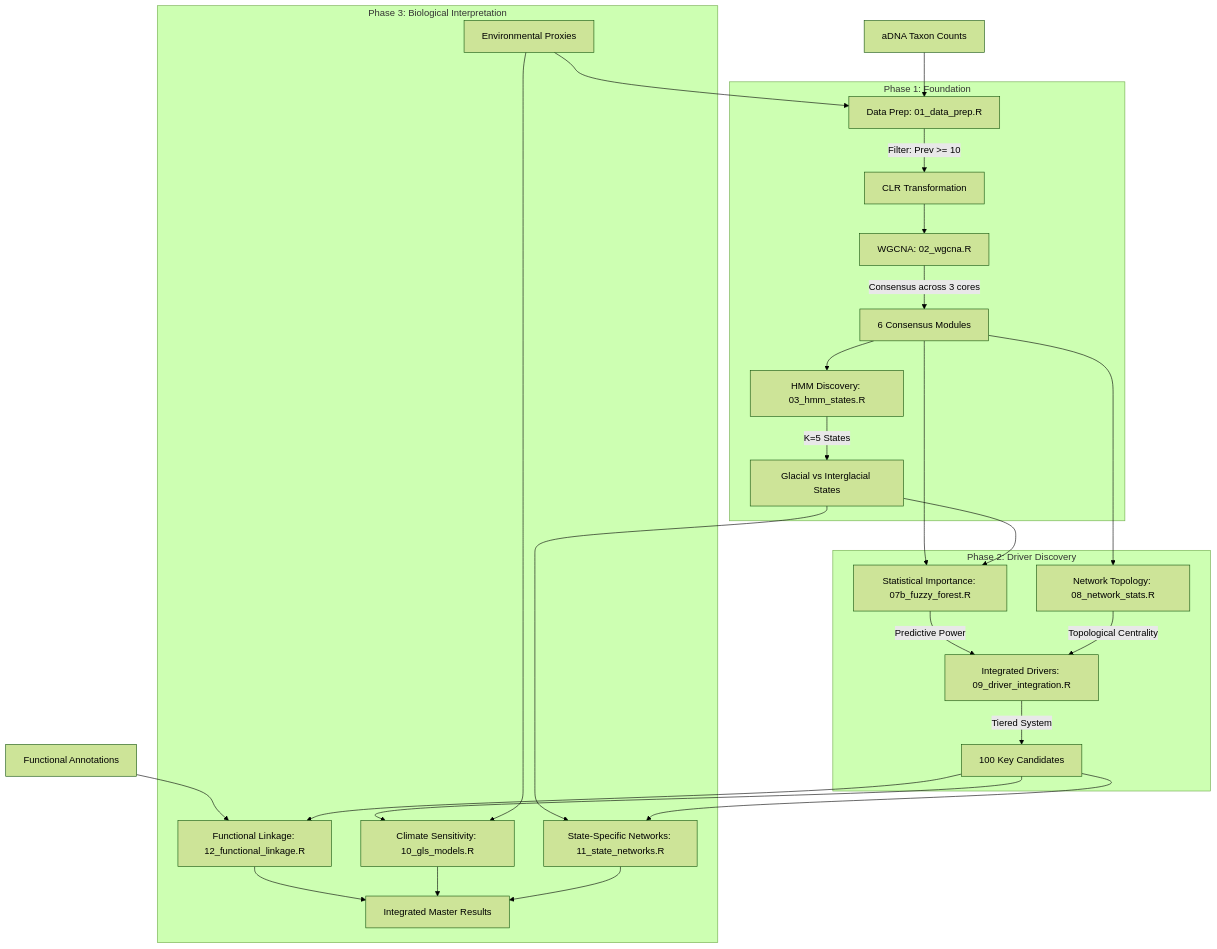
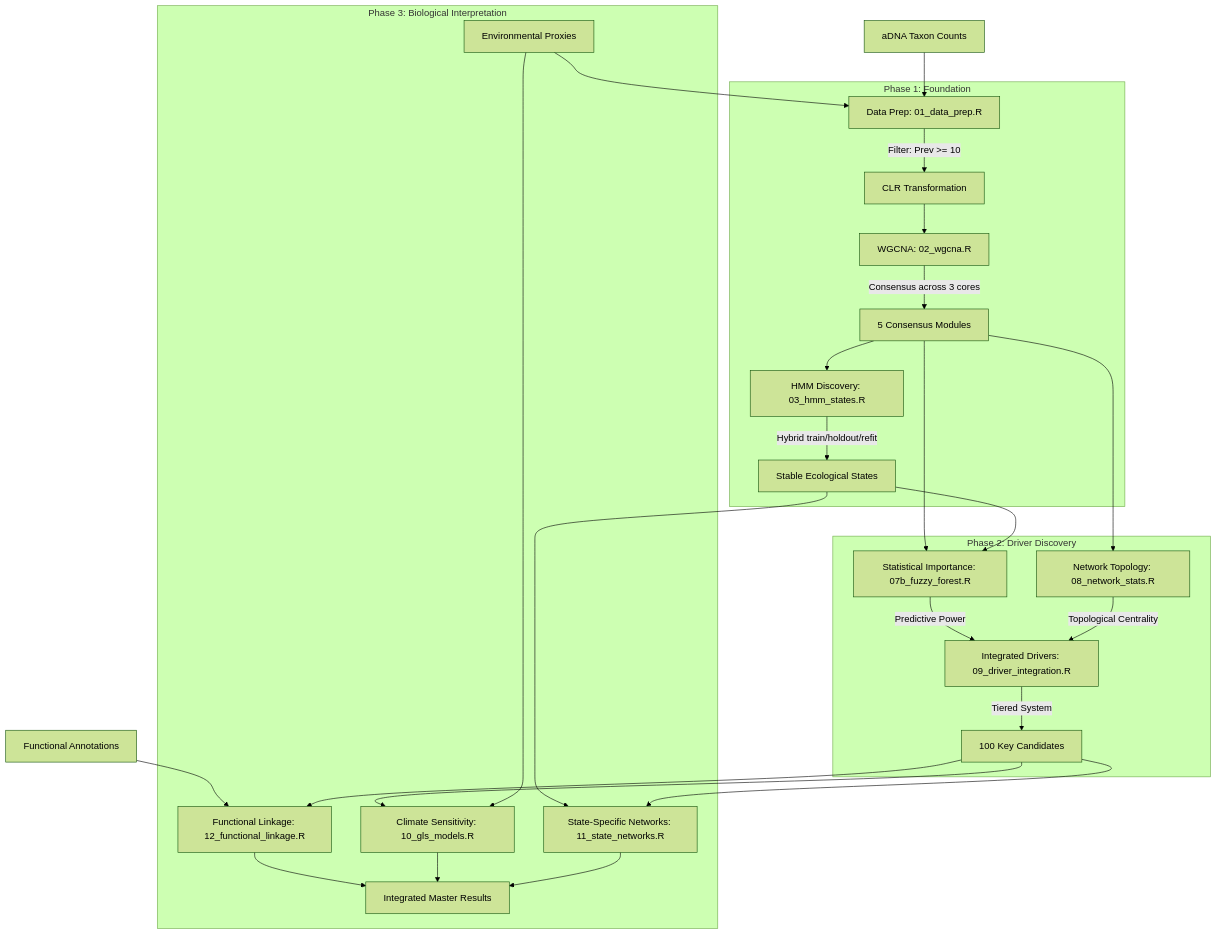
Before and after one commit to bryantchambers/rocs_analysis: the diagram in WORKFLOW_DOCUMENTATION.md, drawn with Mermaid (forest theme). The commit also changed other lines of this file and 95 other files, not shown here.

````diff
--- a/WORKFLOW_DOCUMENTATION.md
+++ b/WORKFLOW_DOCUMENTATION.md
@@ -7,34 +7,34 @@
 ```mermaid
 graph TD
     %% Data Inputs
     A1[aDNA Taxon Counts] --> B1
     A2[Environmental Proxies] --> B1
     A3[Functional Annotations] --> F1
 
     %% Step 1: Data Prep
     subgraph "Phase 1: Foundation"
     B1[Data Prep: 01_data_prep.R]
     B1 --> |Filter: Prev >= 10| B2[CLR Transformation]
     B2 --> C1[WGCNA: 02_wgcna.R]
-    C1 --> |Consensus across 3 cores| C2[6 Consensus Modules]
+    C1 --> |Consensus across 3 cores| C2[5 Consensus Modules]
     C2 --> D1[HMM Discovery: 03_hmm_states.R]
-    D1 --> |K=5 States| D2[Glacial vs Interglacial States]
+    D1 --> |Hybrid train/holdout/refit| D2[Stable Ecological States]
     end
 
     %% Step 2: Driver Identification
     subgraph "Phase 2: Driver Discovery"
     C2 & D2 --> E1[Statistical Importance: 07b_fuzzy_forest.R]
     C2 --> E2[Network Topology: 08_network_stats.R]
     E1 --> |Predictive Power| E3[Integrated Drivers: 09_driver_integration.R]
     E2 --> |Topological Centrality| E3
     E3 --> |Tiered System| E4[100 Key Candidates]
     end
 
     %% Step 3: Climate & Function
     subgraph "Phase 3: Biological Interpretation"
     E4 --> F1[Functional Linkage: 12_functional_linkage.R]
     E4 & A2 --> F2[Climate Sensitivity: 10_gls_models.R]
     D2 & E4 --> F3[State-Specific Networks: 11_state_networks.R]
     F1 & F2 & F3 --> G1[Integrated Master Results]
     end
 ```
````
